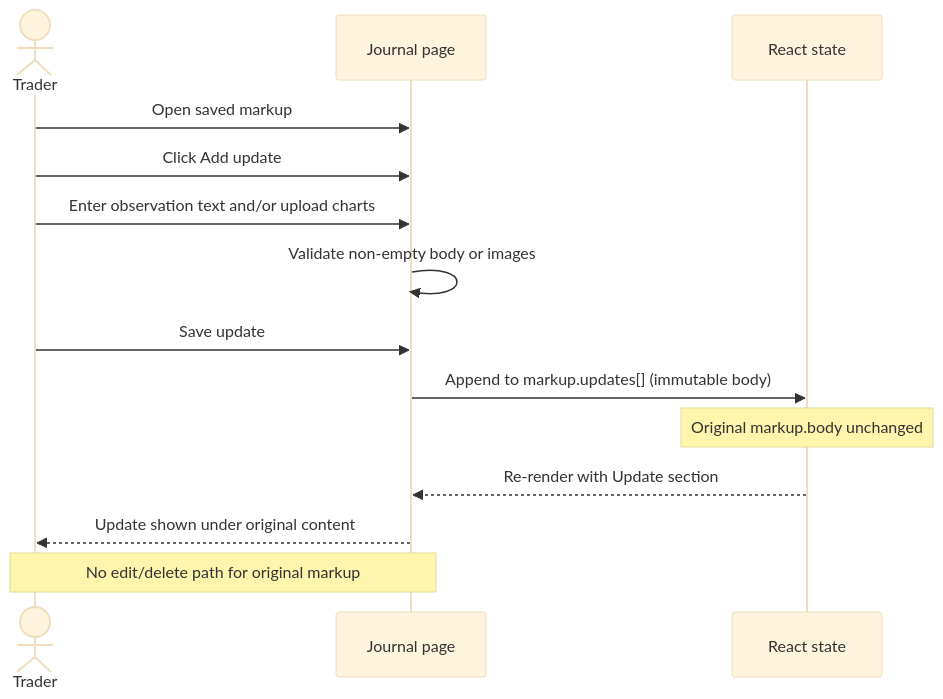
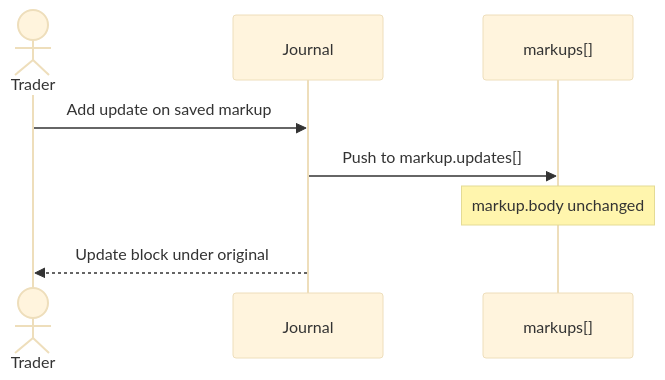
The third of 4 diagrams in docs/07-sequence-flows.md (jah-guide/journalx-dashboard), drawn with Mermaid (base theme) before and after one commit. The commit also changed other lines of this file, not shown here.

Commit message:
docs: shorten core sequence flow diagrams

````diff
--- a/docs/07-sequence-flows.md
+++ b/docs/07-sequence-flows.md
@@ -75,18 +97,21 @@
 ```mermaid
+
 sequenceDiagram
+
   actor Trader
-  participant UI as Journal page
-  participant State as React state
 
-  Trader->>UI: Open saved markup
-  Trader->>UI: Click Add update
-  Trader->>UI: Enter observation text and/or upload charts
-  UI->>UI: Validate non-empty body or images
-  Trader->>UI: Save update
-  UI->>State: Append to markup.updates[] (immutable body)
-  Note over State: Original markup.body unchanged
-  State-->>UI: Re-render with Update section
-  UI-->>Trader: Update shown under original content
+  participant UI as Journal
 
-  Note over Trader,UI: No edit/delete path for original markup
+  participant State as markups[]
+
+
+
+  Trader->>UI: Add update on saved markup
+
+  UI->>State: Push to markup.updates[]
+
+  Note over State: markup.body unchanged
+
+  UI-->>Trader: Update block under original
+
 ```
````
